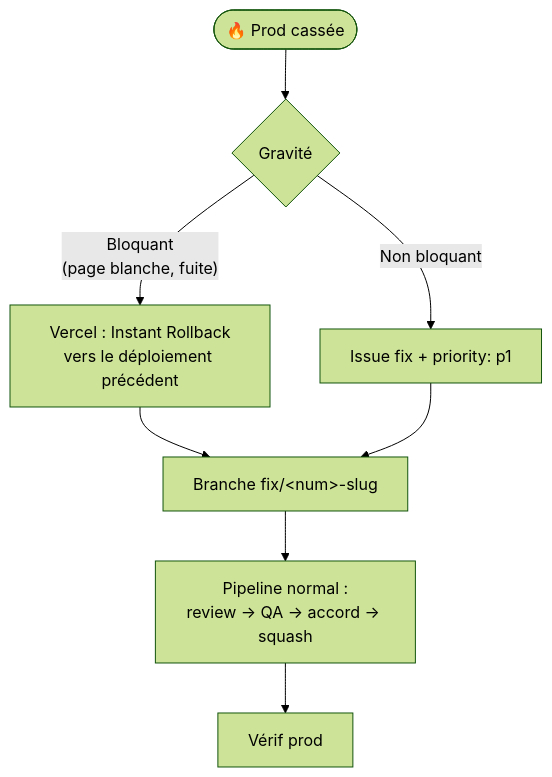
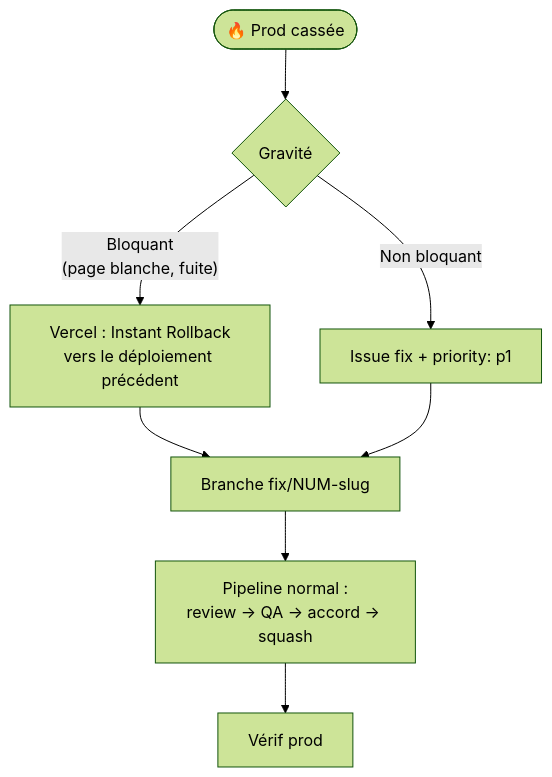
Diagram 12 of 12 in docs/SDLC.md (mehdisebei-debug/KIDS-APP), drawn with Mermaid (forest theme) before and after one commit. The commit also changed other lines of this file, not shown here.

````diff
--- a/docs/SDLC.md
+++ b/docs/SDLC.md
@@ -575,10 +741,10 @@
 ```mermaid
 flowchart TD
     P([🔥 Prod cassée]) --> S{Gravité}
     S -- "Bloquant<br/>(page blanche, fuite)" --> RB[Vercel : Instant Rollback<br/>vers le déploiement précédent]
     RB --> FIX
     S -- "Non bloquant" --> ISS[Issue fix + priority: p1]
-    ISS --> FIX[Branche fix/&lt;num&gt;-slug]
+    ISS --> FIX[Branche fix/NUM-slug]
     FIX --> PIPE[Pipeline normal :<br/>review → QA → accord → squash]
     PIPE --> V[Vérif prod]
 ```
````
